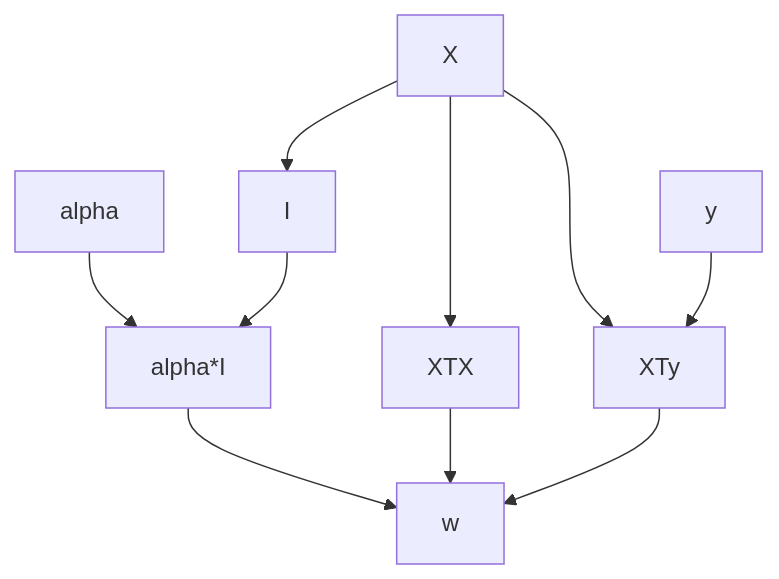
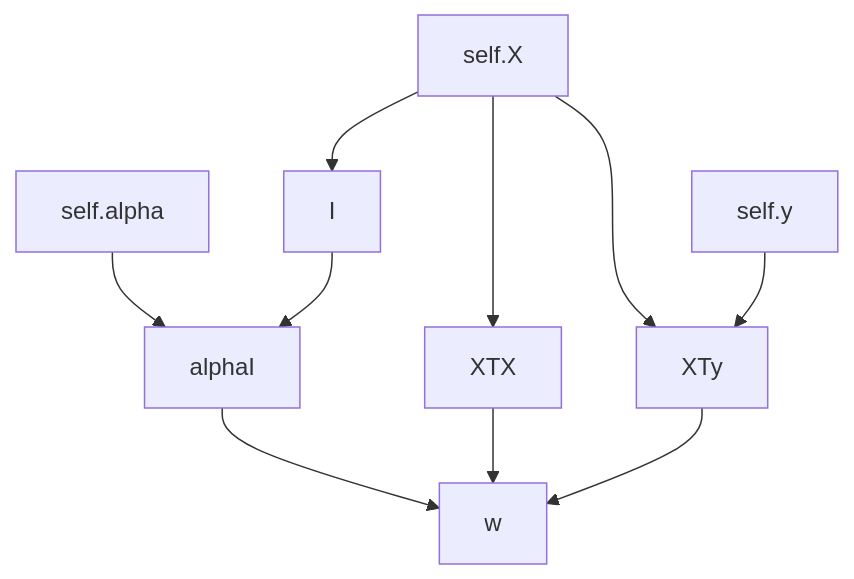
One commit to nickelnine37/tweakML changed the diagram in README.md. Above: the diagram before and after it, drawn with Mermaid. The commit also changed other lines of this file, not shown here.

````diff
--- a/README.md
+++ b/README.md
@@ -55,12 +65,13 @@
 ```mermaid
+%%{init: {"fontFamily": "monospace"} }%%
 graph TD
-X --> XTX
-X --> XTy
-X --> I
-alpha --> alpha*I
-I --> alpha*I
-y --> XTy
-alpha*I --> w
+self.X --> XTX
+self.X --> XTy
+self.X --> I
+self.alpha --> alphaI
+I --> alphaI
+self.y --> XTy
+alphaI --> w
 XTX --> w
 XTy --> w
 ```
````
